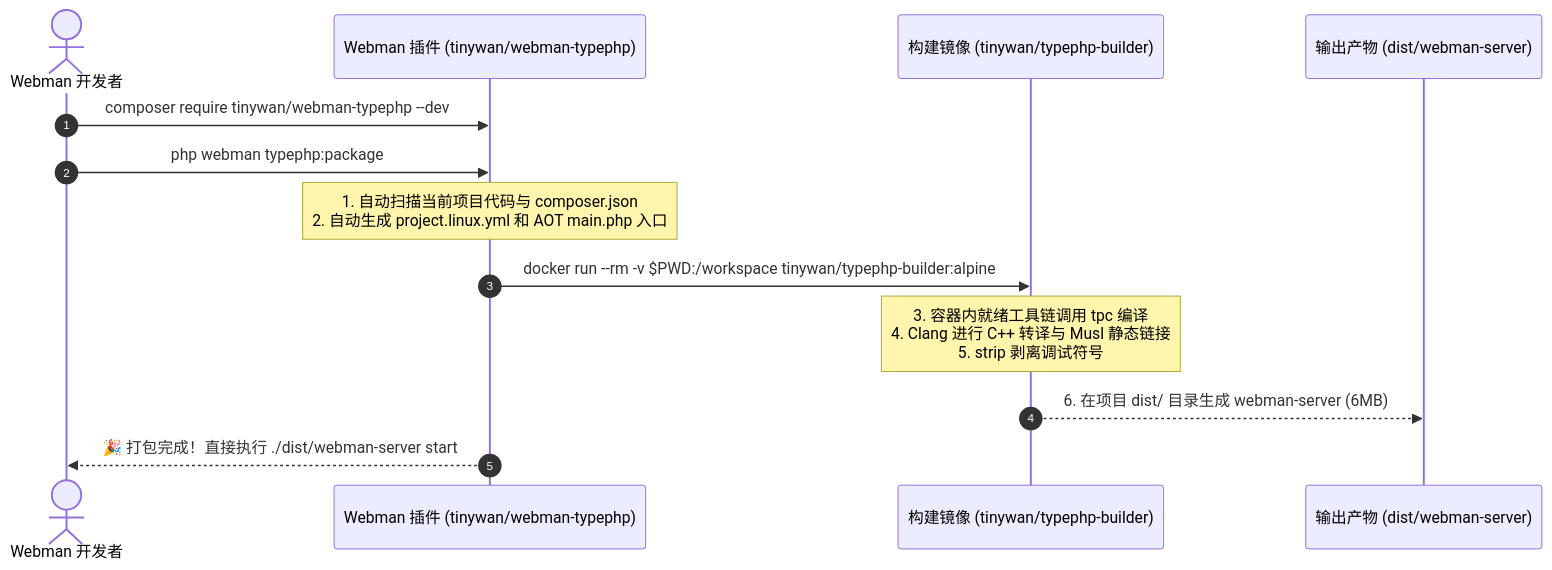
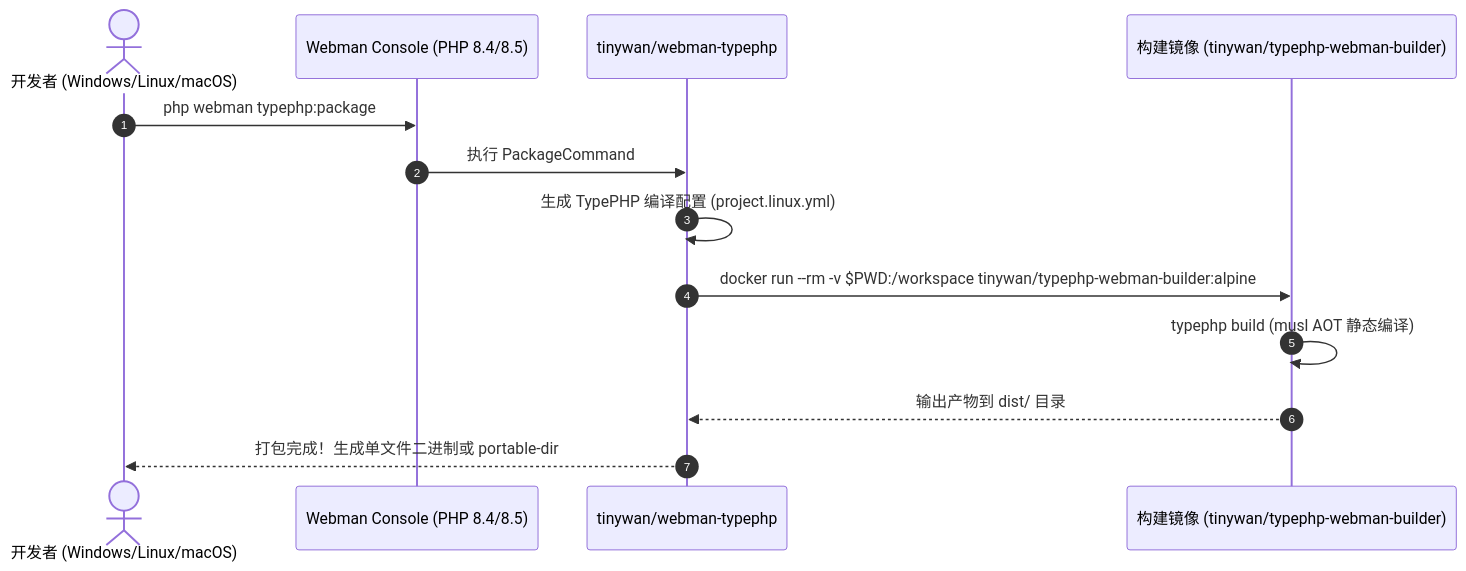
The diagram in WEBMAN_TYPEPHP_PLUGIN_PROPOSAL.md (Tinywan/tinywan-typephp-webman), drawn with Mermaid before and after one commit. The commit also changed other lines of this file and 10 other files, not shown here.

Commit message:
feat(docker): add independent Docker build environments and update documentation

````diff
--- a/WEBMAN_TYPEPHP_PLUGIN_PROPOSAL.md
+++ b/WEBMAN_TYPEPHP_PLUGIN_PROPOSAL.md
@@ -21,16 +22,16 @@
 ```mermaid
 sequenceDiagram
     autonumber
-    actor Dev as Webman 开发者
-    participant Plugin as Webman 插件 (tinywan/webman-typephp)
-    participant Docker as 构建镜像 (tinywan/typephp-builder)
-    participant Dist as 输出产物 (dist/webman-server)
+    actor User as 开发者 (Windows/Linux/macOS)
+    participant Webman as Webman Console (PHP 8.4/8.5)
+    participant Plugin as tinywan/webman-typephp
+    participant Docker as 构建镜像 (tinywan/typephp-webman-builder)
 
-    Dev->>Plugin: composer require tinywan/webman-typephp --dev
-    Dev->>Plugin: php webman typephp:package
-    Note over Plugin: 1. 自动扫描当前项目代码与 composer.json<br/>2. 自动生成 project.linux.yml 和 AOT main.php 入口
-    Plugin->>Docker: docker run --rm -v $PWD:/workspace tinywan/typephp-builder:alpine
-    Note over Docker: 3. 容器内就绪工具链调用 tpc 编译<br/>4. Clang 进行 C++ 转译与 Musl 静态链接<br/>5. strip 剥离调试符号
-    Docker-->>Dist: 6. 在项目 dist/ 目录生成 webman-server (6MB)
-    Plugin-->>Dev: 🎉 打包完成！直接执行 ./dist/webman-server start
+    User->>Webman: php webman typephp:package
+    Webman->>Plugin: 执行 PackageCommand
+    Plugin->>Plugin: 生成 TypePHP 编译配置 (project.linux.yml)
+    Plugin->>Docker: docker run --rm -v $PWD:/workspace tinywan/typephp-webman-builder:alpine
+    Docker->>Docker: typephp build (musl AOT 静态编译)
+    Docker-->>Plugin: 输出产物到 dist/ 目录
+    Plugin-->>User: 打包完成！生成单文件二进制或 portable-dir
 ```
````
